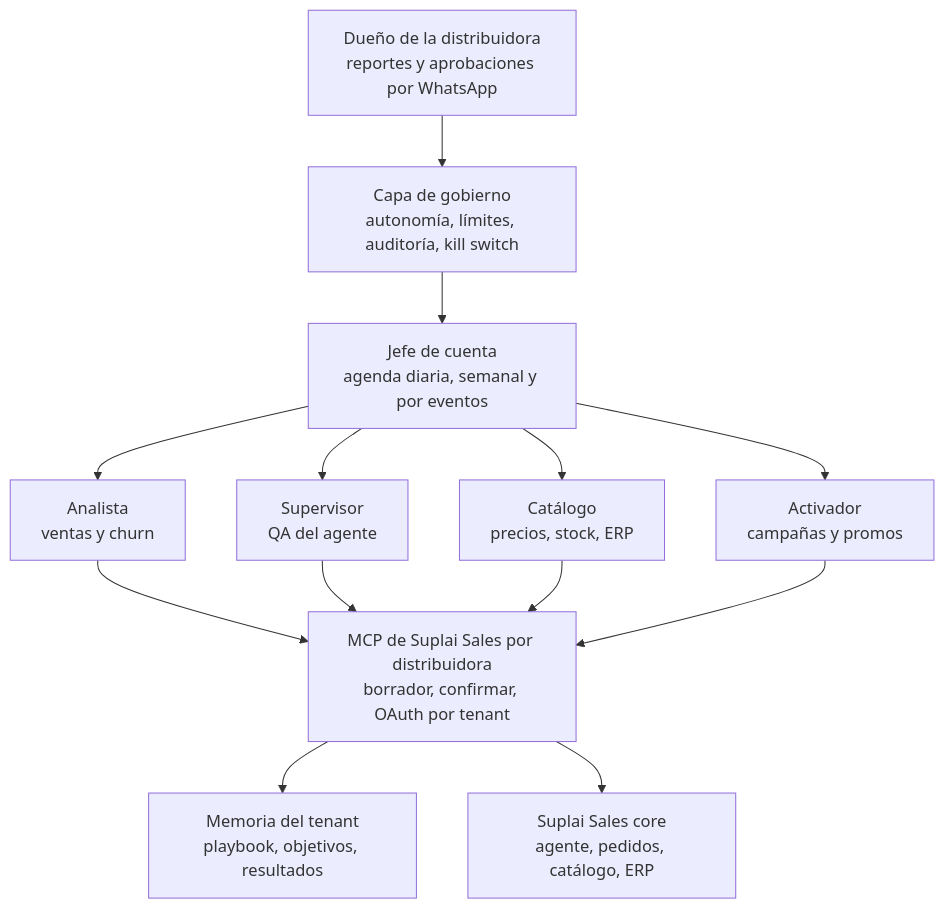
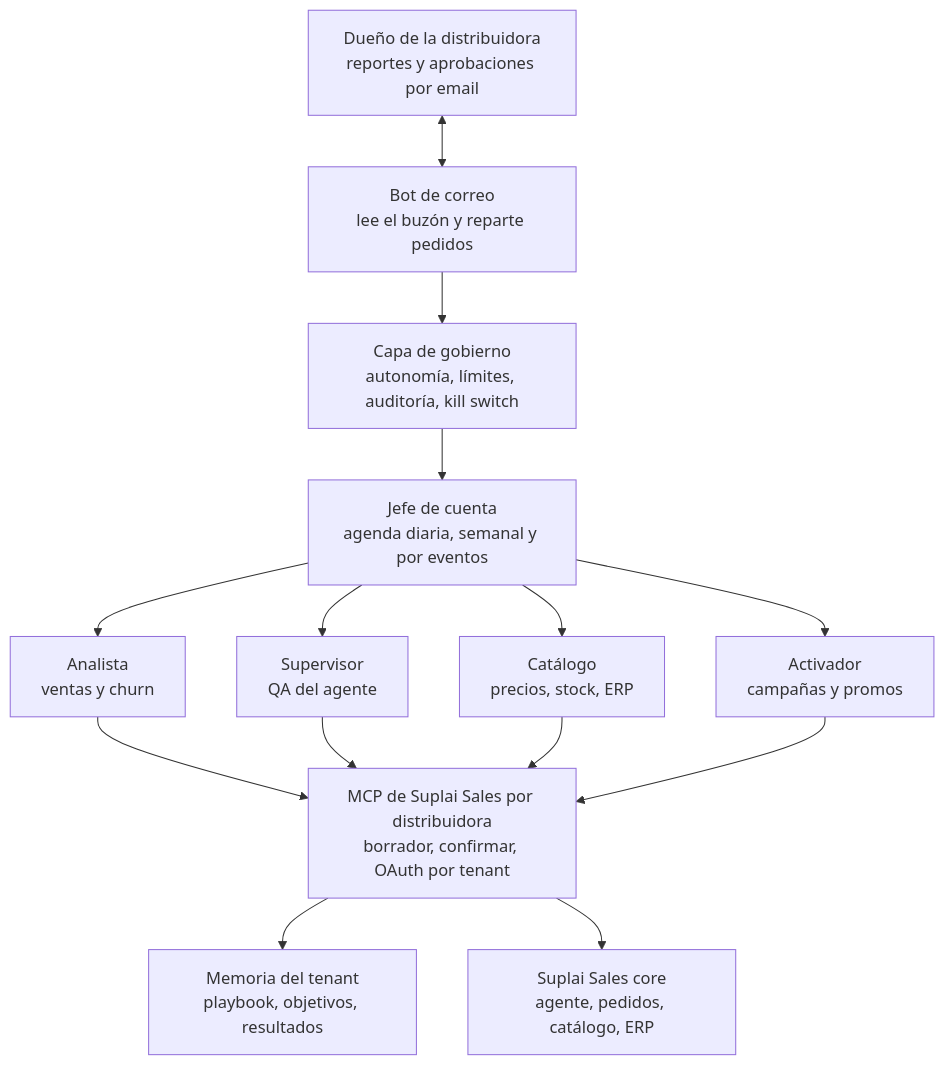
Before and after one commit to Facu-hub-code/suplai-platform: the diagram in docs/specs/132-mcp-para-agentes-y-humanos.md, drawn with Mermaid. The commit also changed other lines of this file, not shown here.

First line of the commit message:
Spec 132: el dueño aprueba por email en lotes semanales y el jefe de cuenta confirma lo de los especialistas.

````diff
--- a/docs/specs/132-mcp-para-agentes-y-humanos.md
+++ b/docs/specs/132-mcp-para-agentes-y-humanos.md
@@ -30,15 +31,16 @@
 ```mermaid
 flowchart TD
-  D[Dueño de la distribuidora<br/>reportes y aprobaciones por WhatsApp] --> G[Capa de gobierno<br/>autonomía, límites, auditoría, kill switch]
+  D[Dueño de la distribuidora<br/>reportes y aprobaciones por email] <--> B[Bot de correo<br/>lee el buzón y reparte pedidos]
+  B --> G[Capa de gobierno<br/>autonomía, límites, auditoría, kill switch]
   G --> J[Jefe de cuenta<br/>agenda diaria, semanal y por eventos]
   J --> A[Analista<br/>ventas y churn]
   J --> S[Supervisor<br/>QA del agente]
   J --> C[Catálogo<br/>precios, stock, ERP]
   J --> V[Activador<br/>campañas y promos]
   A --> M[MCP de Suplai Sales por distribuidora<br/>borrador, confirmar, OAuth por tenant]
   S --> M
   C --> M
   V --> M
   M --> T[Memoria del tenant<br/>playbook, objetivos, resultados]
   M --> X[Suplai Sales core<br/>agente, pedidos, catálogo, ERP]
 ```
````
